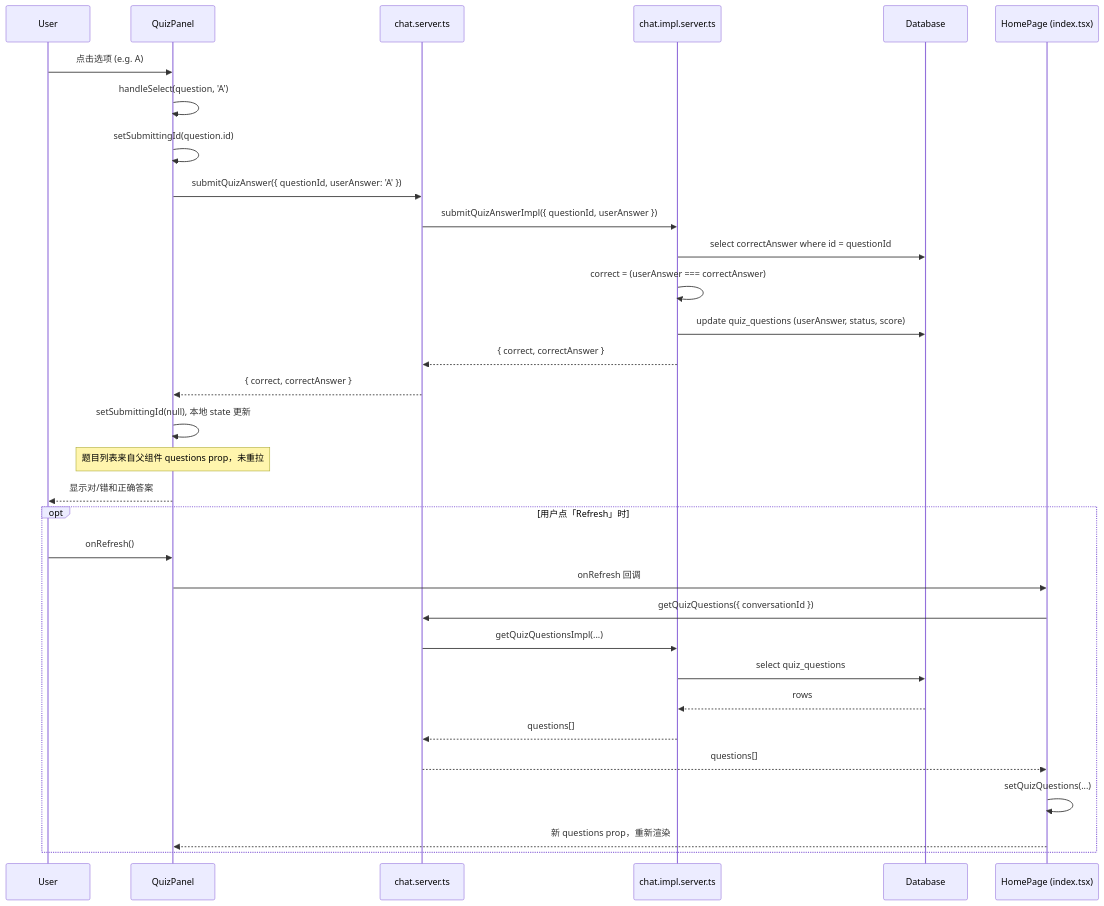
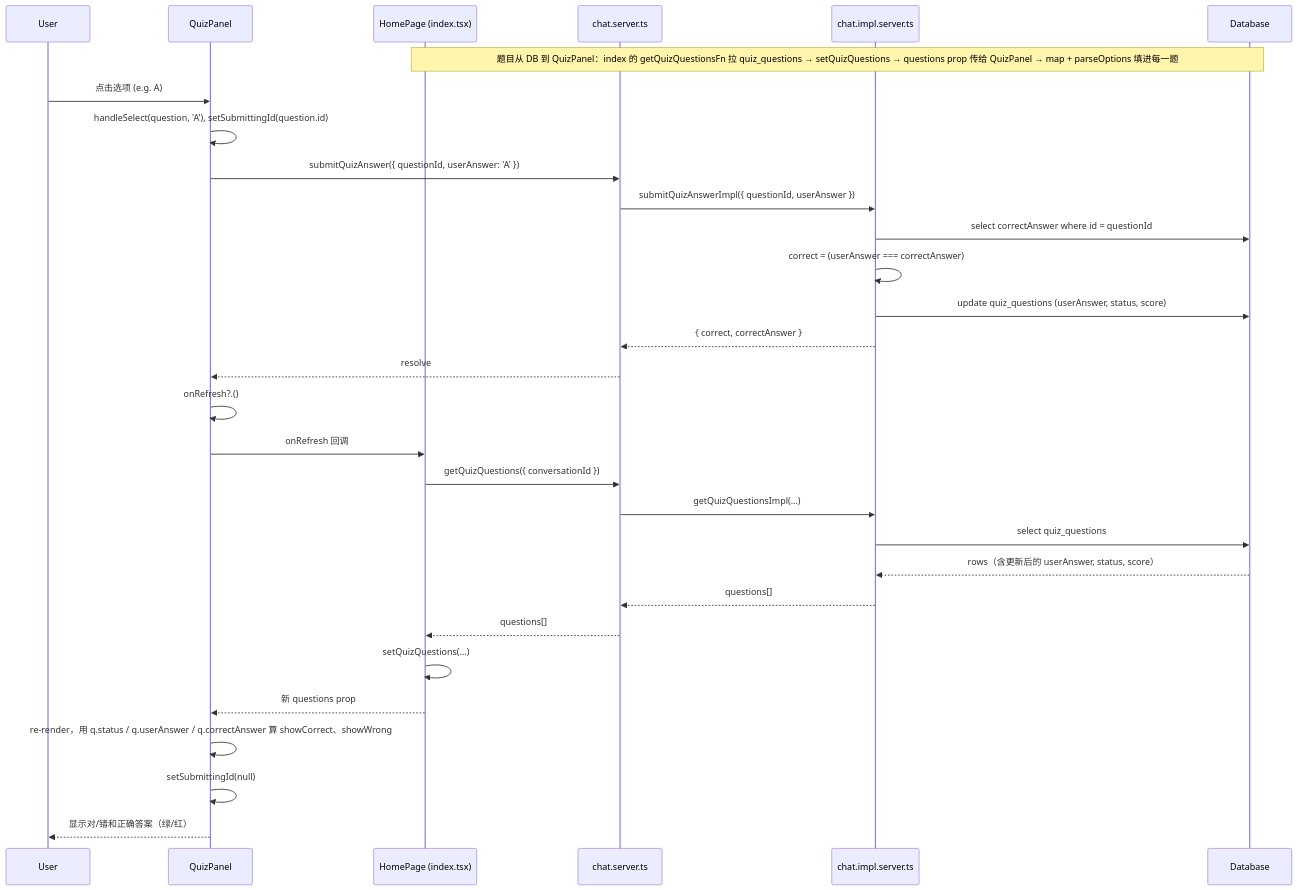
Before and after one commit to abbiekuma/ai-study-helper: the fourth of 4 diagrams in docs/ONBOARDING_DATA_FLOW_quizMode_initial.md, drawn with Mermaid. The commit also changed other lines of this file, not shown here.

Commit message:
update onboarding documentation to clarify quiz mode data flow, including user answer submission, server evaluation, and UI refresh logic

````diff
--- a/docs/ONBOARDING_DATA_FLOW_quizMode_initial.md
+++ b/docs/ONBOARDING_DATA_FLOW_quizMode_initial.md
@@ -252,38 +252,35 @@
 ```mermaid
 sequenceDiagram
     participant User
     participant QuizPanel
+    participant HomePage as HomePage (index.tsx)
     participant Server as chat.server.ts
     participant Impl as chat.impl.server.ts
     participant DB as Database
-    participant HomePage as HomePage (index.tsx)
 
+    Note over HomePage, DB: 题目从 DB 到 QuizPanel：index 的 getQuizQuestionsFn 拉 quiz_questions → setQuizQuestions → questions prop 传给 QuizPanel → map + parseOptions 填进每一题
     User->>QuizPanel: 点击选项 (e.g. A)
-    QuizPanel->>QuizPanel: handleSelect(question, 'A')
-    QuizPanel->>QuizPanel: setSubmittingId(question.id)
+    QuizPanel->>QuizPanel: handleSelect(question, 'A'), setSubmittingId(question.id)
     QuizPanel->>Server: submitQuizAnswer({ questionId, userAnswer: 'A' })
 
     Server->>Impl: submitQuizAnswerImpl({ questionId, userAnswer })
     Impl->>DB: select correctAnswer where id = questionId
     Impl->>Impl: correct = (userAnswer === correctAnswer)
     Impl->>DB: update quiz_questions (userAnswer, status, score)
     Impl-->>Server: { correct, correctAnswer }
-    Server-->>QuizPanel: { correct, correctAnswer }
+    Server-->>QuizPanel: resolve
 
-    QuizPanel->>QuizPanel: setSubmittingId(null), 本地 state 更新
-    Note over QuizPanel: 题目列表来自父组件 questions prop，未重拉
-    QuizPanel-->>User: 显示对/错和正确答案
-
-    opt 用户点「Refresh」时
-        User->>QuizPanel: onRefresh()
-        QuizPanel->>HomePage: onRefresh 回调
-        HomePage->>Server: getQuizQuestions({ conversationId })
-        Server->>Impl: getQuizQuestionsImpl(...)
-        Impl->>DB: select quiz_questions
-        DB-->>Impl: rows
-        Impl-->>Server: questions[]
-        Server-->>HomePage: questions[]
-        HomePage->>HomePage: setQuizQuestions(...)
-        HomePage-->>QuizPanel: 新 questions prop，重新渲染
-    end
+    QuizPanel->>QuizPanel: onRefresh?.()
+    QuizPanel->>HomePage: onRefresh 回调
+    HomePage->>Server: getQuizQuestions({ conversationId })
+    Server->>Impl: getQuizQuestionsImpl(...)
+    Impl->>DB: select quiz_questions
+    DB-->>Impl: rows（含更新后的 userAnswer, status, score）
+    Impl-->>Server: questions[]
+    Server-->>HomePage: questions[]
+    HomePage->>HomePage: setQuizQuestions(...)
+    HomePage-->>QuizPanel: 新 questions prop
+    QuizPanel->>QuizPanel: re-render，用 q.status / q.userAnswer / q.correctAnswer 算 showCorrect、showWrong
+    QuizPanel->>QuizPanel: setSubmittingId(null)
+    QuizPanel-->>User: 显示对/错和正确答案（绿/红）
 ```
````
